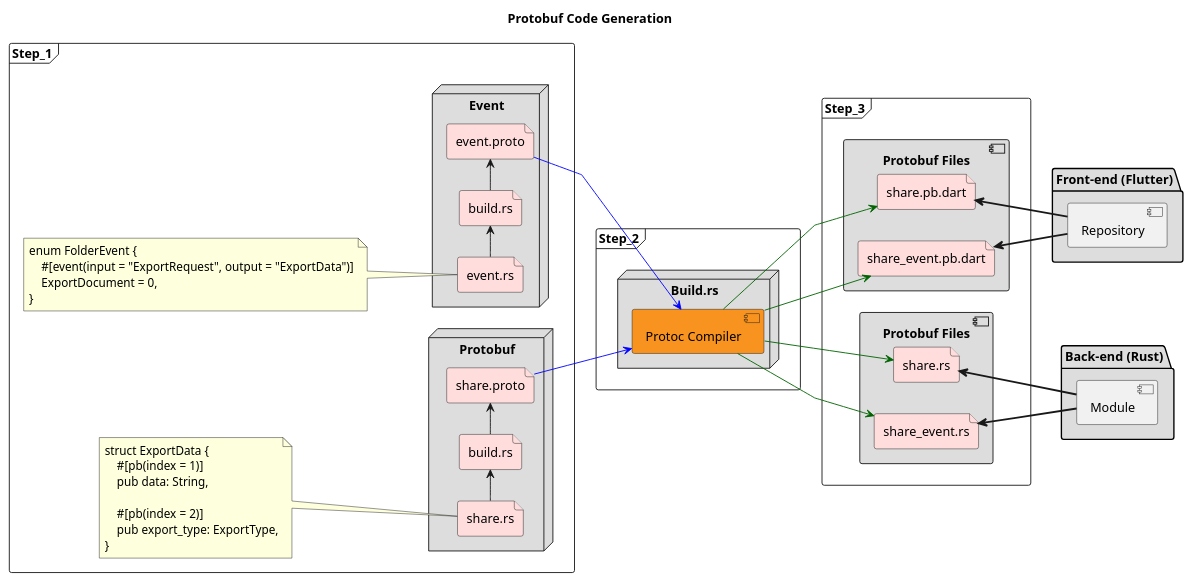
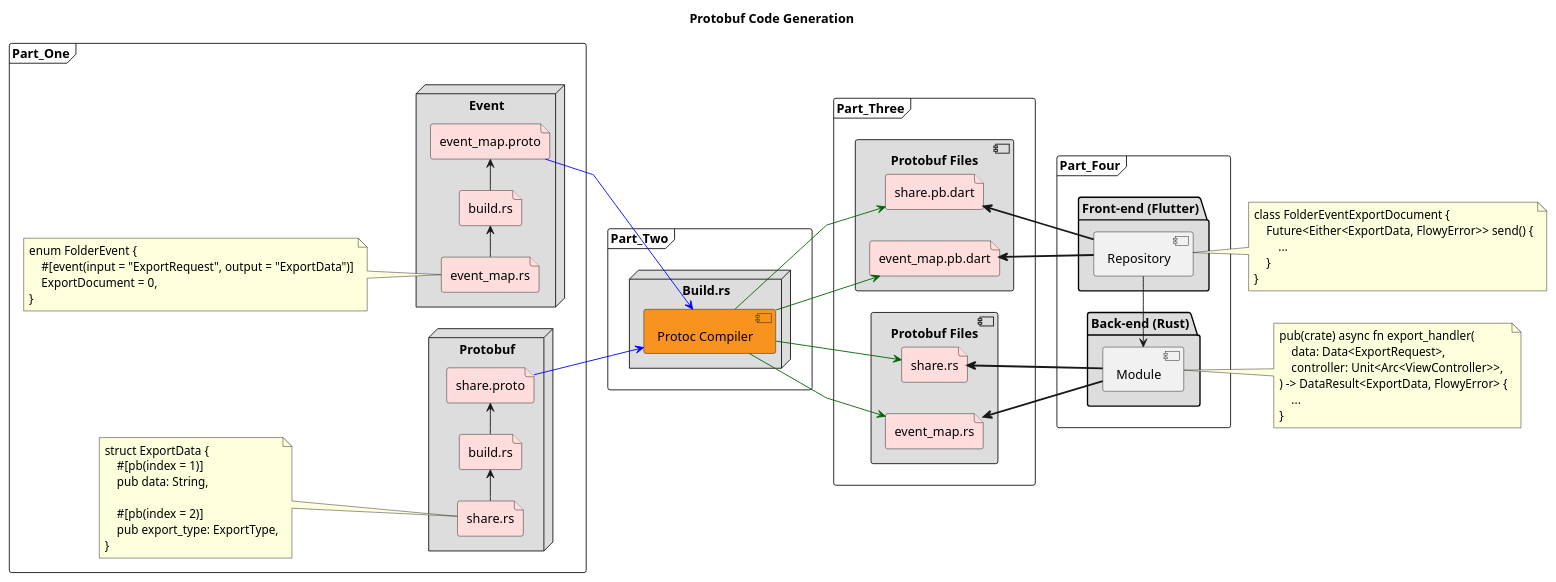
The second of 2 diagrams in uml/dart_flowy_sdk/event_map.plantuml (AppFlowy-IO/AppFlowy-Docs), drawn with PlantUML before and after one commit. The commit also changed 2 other files, not shown here.

```diff
--- a/uml/dart_flowy_sdk/event_map.plantuml
+++ b/uml/dart_flowy_sdk/event_map.plantuml
@@ -24,81 +24,100 @@
 @startuml FlowySDK
 title Protobuf Code Generation
 left to right direction
 skinparam linetype polyline
 'skinparam monochrome reverse
 
-frame Step_1 {
+frame Part_One {
     node "Event" #DDDDDD {
-        file EventSource as "event.rs" #FFDDDD
+        file EventSource as "event_map.rs" #FFDDDD
         file EventCodeGen as "build.rs" #FFDDDD
-        file EventDefine as "event.proto" #FFDDDD
+        file EventDefine as "event_map.proto" #FFDDDD
     }
     note left of EventSource
     enum FolderEvent {
         #[event(input = "ExportRequest", output = "ExportData")]
         ExportDocument = 0,
     }
     end note
 
     node "Protobuf" #DDDDDD {
         file PBSource as "share.rs" #FFDDDD
         file PBCodeGen as "build.rs" #FFDDDD
         file PBDefine as "share.proto" #FFDDDD
     }
     note left of PBSource
     struct ExportData {
         #[pb(index = 1)]
         pub data: String,
 
         #[pb(index = 2)]
         pub export_type: ExportType,
     }
     end note
 
     EventSource -> EventCodeGen
         EventCodeGen -> EventDefine
         PBSource -> PBCodeGen
         PBCodeGen -> PBDefine
 }
 
-frame Step_2 {
+frame Part_Two {
     node "Build.rs" #DDDDDD {
         component Builder as "Protoc Compiler" #F7931E
     }
 }
 
 
-frame Step_3 {
+frame Part_Three {
     component Protobuf_Files_Dart as "Protobuf Files" #DDDDDD {
-        file dart_event as "share_event.pb.dart" #FFDDDD
+        file dart_event as "event_map.pb.dart" #FFDDDD
         file dart_pb as "share.pb.dart" #FFDDDD
     }
 
     component Protobuf_Files_Rust as "Protobuf Files" #DDDDDD {
-        file rust_event as "share_event.rs" #FFDDDD
+        file rust_event as "event_map.rs" #FFDDDD
         file rust_pb as "share.rs" #FFDDDD
     }
 }
-package "Front-end (Flutter)" #DDDDDD {
-    component Repository
+
+frame Part_Four {
+    package "Front-end (Flutter)" #DDDDDD {
+        component Repository
+    }
+
+    package "Back-end (Rust)" #DDDDDD {
+        component Module
+    }
 }
-
-package "Back-end (Rust)" #DDDDDD {
-    component Module
-}
-
 
 EventDefine -[#blue]-> Builder
 PBDefine -[#blue]-> Builder
 
 Builder -[#DarkGreen]-> dart_event
 Builder -[#DarkGreen]-> dart_pb
 Builder -[#DarkGreen]-> rust_event
 Builder -[#DarkGreen]-> rust_pb
 
 Repository -[bold]up-> dart_event
 Repository -[bold]up-> dart_pb
 
 Module -[bold]up-> rust_event
 Module -[bold]up-> rust_pb
+Repository -> Module
+note right of Repository
+class FolderEventExportDocument {
+    Future<Either<ExportData, FlowyError>> send() {
+        ...
+    }
+}
+end note
+
+note right of Module
+pub(crate) async fn export_handler(
+    data: Data<ExportRequest>,
+    controller: Unit<Arc<ViewController>>,
+) -> DataResult<ExportData, FlowyError> {
+    ...
+}
+end note
 @enduml
```
